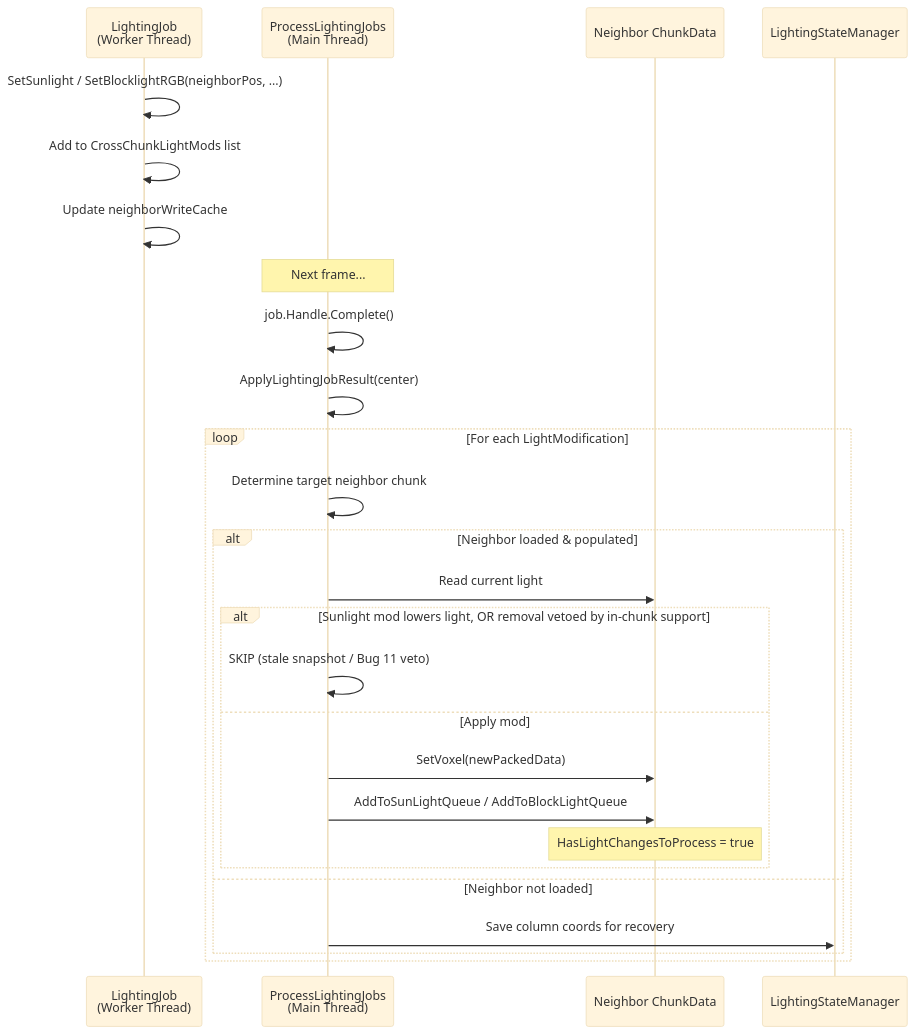
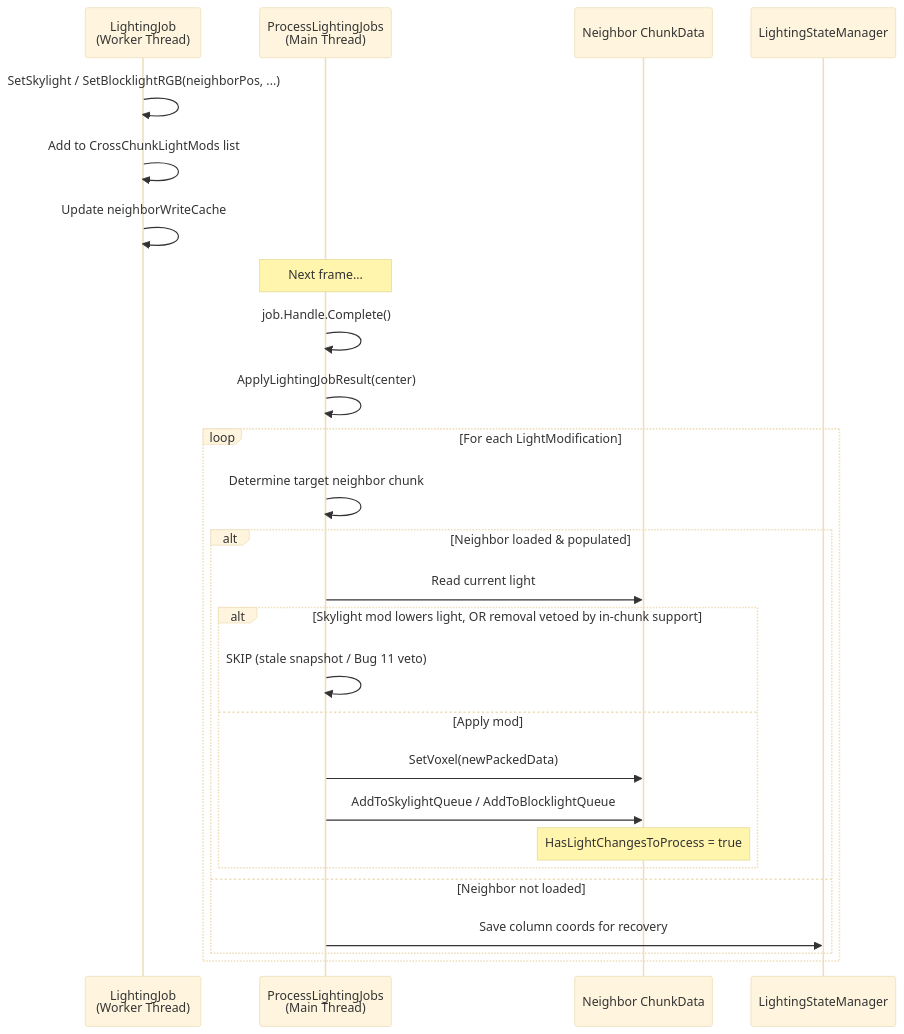
One commit to A-Van-Gestel/Unity-Minecraft_Clone changed the sixth of 8 diagrams in Documentation/Architecture/CHUNK_LIFECYCLE_PIPELINE.md. Above: the diagram before and after it, drawn with Mermaid (base theme). The commit also changed other lines of this file and 120 other files, not shown here.

````diff
--- a/Documentation/Architecture/CHUNK_LIFECYCLE_PIPELINE.md
+++ b/Documentation/Architecture/CHUNK_LIFECYCLE_PIPELINE.md
@@ -543,29 +543,29 @@
 ```mermaid
 sequenceDiagram
     participant Job as LightingJob<br/>(Worker Thread)
     participant Main as ProcessLightingJobs<br/>(Main Thread)
     participant NChunk as Neighbor ChunkData
     participant LSM as LightingStateManager
-    Job ->> Job: SetSunlight / SetBlocklightRGB(neighborPos, ...)
+    Job ->> Job: SetSkylight / SetBlocklightRGB(neighborPos, ...)
     Job ->> Job: Add to CrossChunkLightMods list
     Job ->> Job: Update neighborWriteCache
     Note over Main: Next frame...
     Main ->> Main: job.Handle.Complete()
     Main ->> Main: ApplyLightingJobResult(center)
 
     loop For each LightModification
         Main ->> Main: Determine target neighbor chunk
         alt Neighbor loaded & populated
             Main ->> NChunk: Read current light
-            alt Sunlight mod lowers light, OR removal vetoed by in-chunk support
+            alt Skylight mod lowers light, OR removal vetoed by in-chunk support
                 Main ->> Main: SKIP (stale snapshot / Bug 11 veto)
             else Apply mod
                 Main ->> NChunk: SetVoxel(newPackedData)
-                Main ->> NChunk: AddToSunLightQueue / AddToBlockLightQueue
+                Main ->> NChunk: AddToSkylightQueue / AddToBlocklightQueue
                 Note over NChunk: HasLightChangesToProcess = true
             end
         else Neighbor not loaded
             Main ->> LSM: Save column coords for recovery
         end
     end
 ```
````
